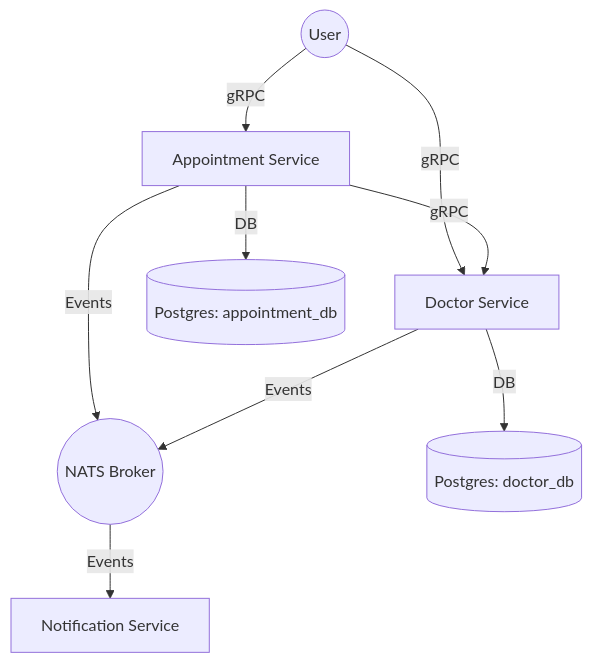
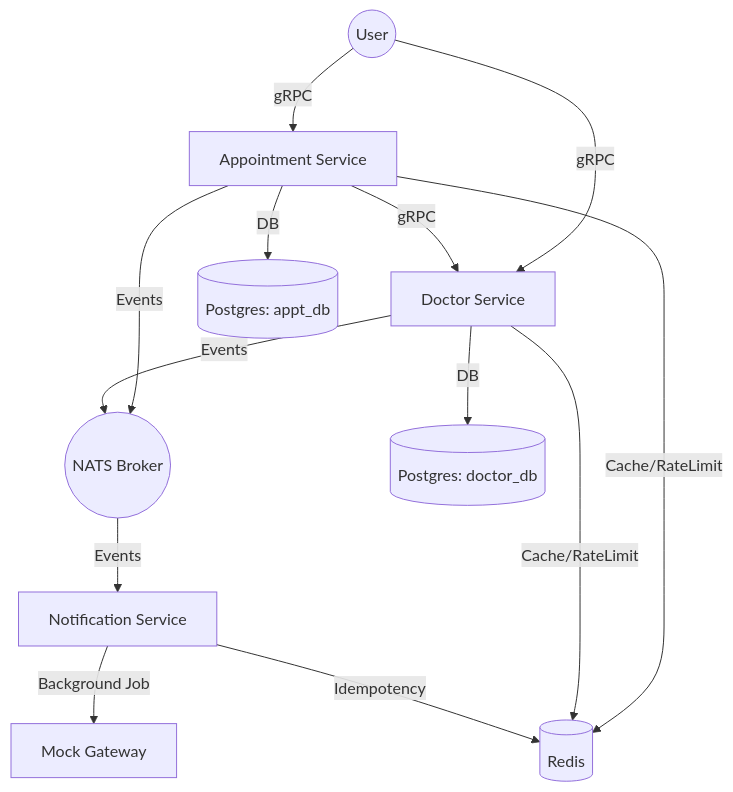
One commit to mathalama/go-microservice changed the first of 2 diagrams in README.md. Above: the diagram before and after it, drawn with Mermaid. The commit also changed other lines of this file and 29 other files, not shown here.

````diff
--- a/README.md
+++ b/README.md
@@ -12,12 +13,16 @@
 ```mermaid
 graph TD
     User((User))
     User -- gRPC --> AS[Appointment Service]
     User -- gRPC --> DS[Doctor Service]
     AS -- gRPC --> DS
     AS -- Events --> NATS((NATS Broker))
     DS -- Events --> NATS
     NATS -- Events --> NS[Notification Service]
-    AS -- DB --> DBA[(Postgres: appointment_db)]
+    AS -- Cache/RateLimit --> Redis[(Redis)]
+    DS -- Cache/RateLimit --> Redis
+    NS -- Idempotency --> Redis
+    NS -- Background Job --> MG[Mock Gateway]
+    AS -- DB --> DBA[(Postgres: appt_db)]
     DS -- DB --> DBD[(Postgres: doctor_db)]
 ```
````
